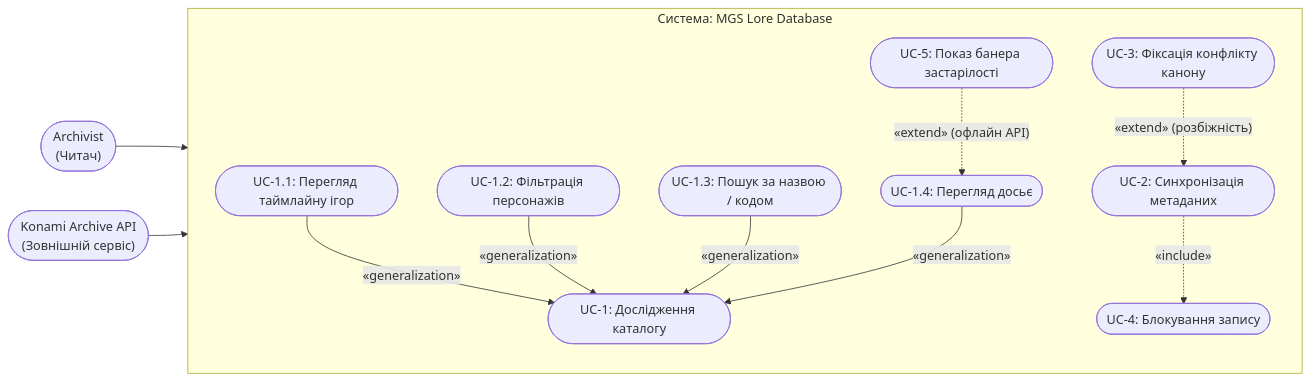
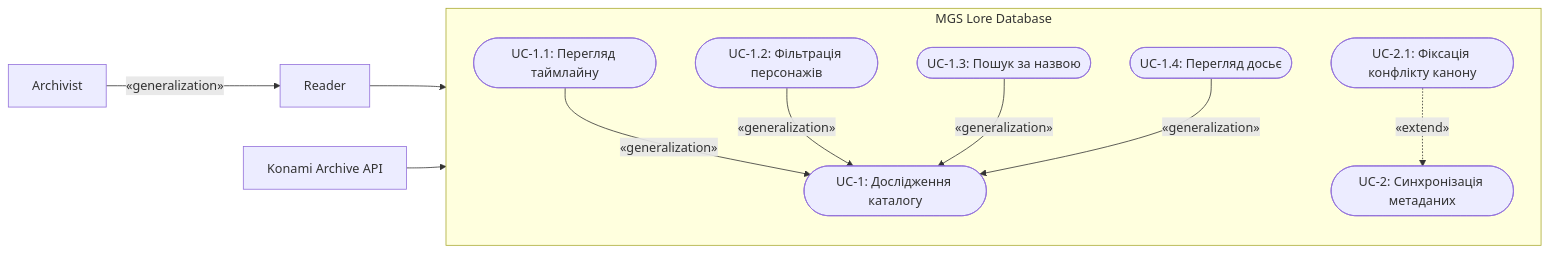
One commit to D1rtyJesus/OP2 changed the diagram in lab2/mgs_lore_db_use_case_diagram.md. Above: the diagram before and after it, drawn with Mermaid. The commit also changed 5 other files, not shown here.

````diff
--- a/lab2/mgs_lore_db_use_case_diagram.md
+++ b/lab2/mgs_lore_db_use_case_diagram.md
@@ -1,42 +1,39 @@
 ```mermaid
 flowchart LR
     %% Actors
-    Archivist(["Archivist<br/>(Читач)"])
-    KonamiAPI(["Konami Archive API<br/>(Зовнішній сервіс)"])
+    Reader["Reader"]
+    Archivist["Archivist"]
+    KonamiAPI["Konami Archive API"]
+
+    %% Actor Generalization (Specialized -> Base)
+    Archivist -->|"«generalization»"| Reader
 
     %% System Boundary
-    subgraph System ["Система: MGS Lore Database"]
+    subgraph System ["MGS Lore Database"]
         direction TB
 
-        %% Core Use Cases
-        UC_Explore(["UC-1: Дослідження каталогу"])
-        UC_Timeline(["UC-1.1: Перегляд таймлайну ігор"])
-        UC_Filter(["UC-1.2: Фільтрація персонажів"])
-        UC_Search(["UC-1.3: Пошук за назвою / кодом"])
-        UC_Dossier(["UC-1.4: Перегляд досьє"])
+        %% Catalog Use Cases
+        UC1(["UC-1: Дослідження каталогу"])
+        UC1_1(["UC-1.1: Перегляд таймлайну"])
+        UC1_2(["UC-1.2: Фільтрація персонажів"])
+        UC1_3(["UC-1.3: Пошук за назвою"])
+        UC1_4(["UC-1.4: Перегляд досьє"])
 
-        %% Additional Use Cases
-        UC_Sync(["UC-2: Синхронізація метаданих"])
-        UC_Conflict(["UC-3: Фіксація конфлікту канону"])
-        UC_Lock(["UC-4: Блокування запису"])
-        UC_Stale(["UC-5: Показ банера застарілості"])
+        %% Sync & Conflict Use Cases
+        UC2(["UC-2: Синхронізація метаданих"])
+        UC2_1(["UC-2.1: Фіксація конфлікту канону"])
 
-        %% Generalization
-        UC_Timeline -->|"«generalization»"| UC_Explore
-        UC_Filter -->|"«generalization»"| UC_Explore
-        UC_Search -->|"«generalization»"| UC_Explore
-        UC_Dossier -->|"«generalization»"| UC_Explore
+        %% Use Case Generalization (Specialized -> Base)
+        UC1_1 -->|"«generalization»"| UC1
+        UC1_2 -->|"«generalization»"| UC1
+        UC1_3 -->|"«generalization»"| UC1
+        UC1_4 -->|"«generalization»"| UC1
 
-        %% Include relationships
-        UC_Sync -.->|"«include»"| UC_Lock
-
-        %% Extend relationships
-        UC_Conflict -.->|"«extend» (розбіжність)"| UC_Sync
-        UC_Stale -.->|"«extend» (офлайн API)"| UC_Dossier
+        %% Extension points (Extension -> Base)
+        UC2_1 -.->|"«extend»"| UC2
     end
 
-    %% Actor to Use Case Links
-    Archivist --> UC_Explore
-    KonamiAPI --> UC_Sync
-
+    %% Primary Associations
+    Reader --> UC1
+    KonamiAPI --> UC2
 ```
````
